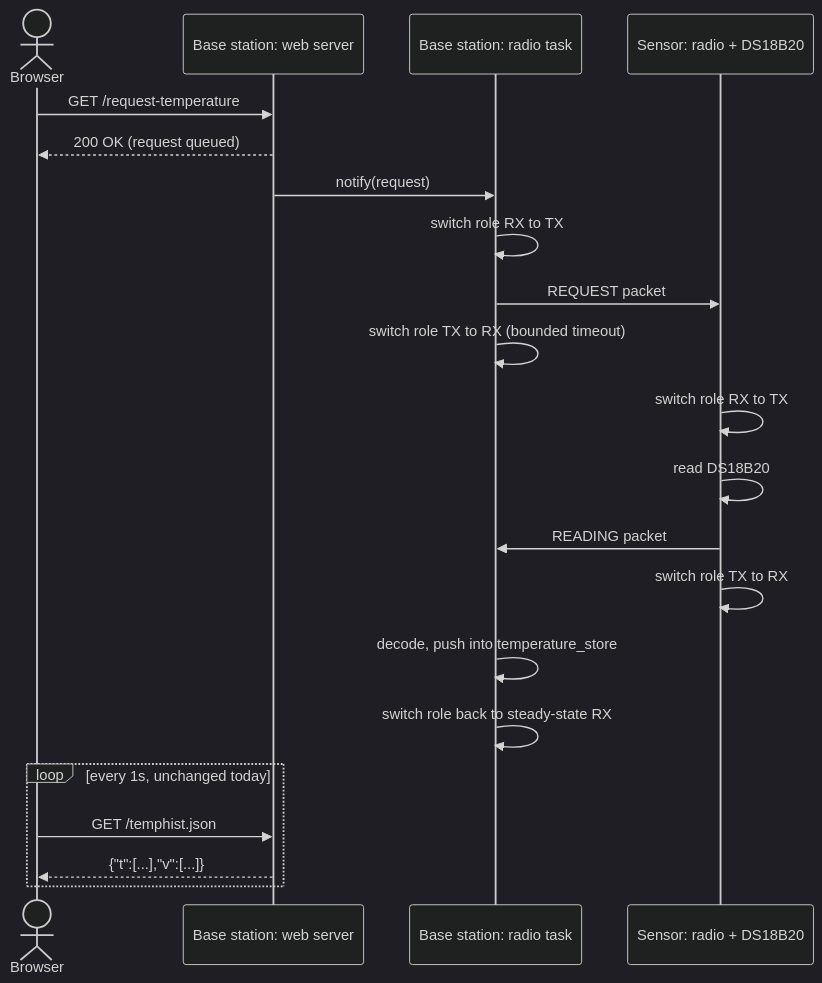
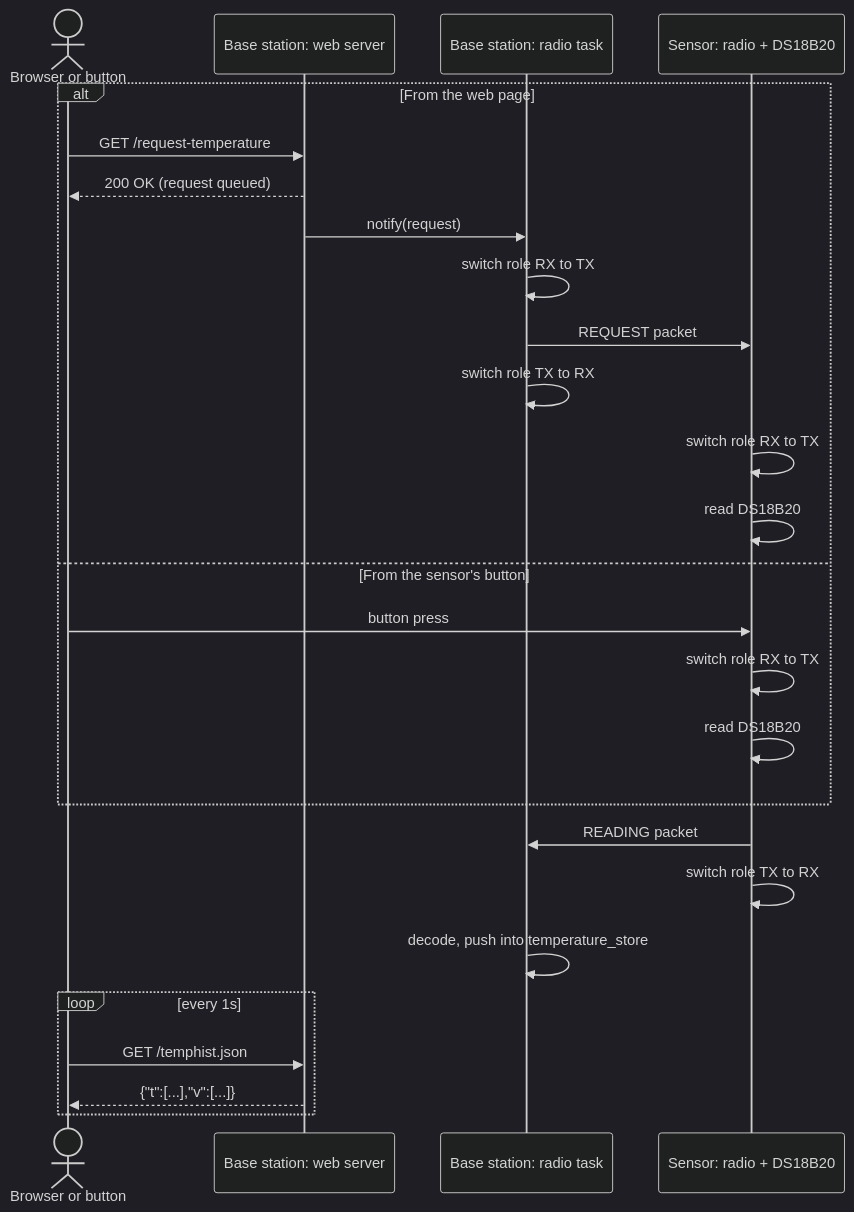
The first of 4 diagrams in docs/temperature-request-design.md (wikto-100/iot-thermometer), drawn with Mermaid (dark theme) before and after one commit. The commit also changed other lines of this file and 37 other files, not shown here.

````diff
--- a/docs/temperature-request-design.md
+++ b/docs/temperature-request-design.md
@@ -34,28 +11,32 @@
 ```mermaid
 sequenceDiagram
-    actor Browser
+    actor Trigger as Browser or button
     participant Web as Base station: web server
     participant Radio as Base station: radio task
     participant Sensor as Sensor: radio + DS18B20
 
-    Browser->>Web: GET /request-temperature
-    Web-->>Browser: 200 OK (request queued)
-    Web->>Radio: notify(request)
+    alt From the web page
+        Trigger->>Web: GET /request-temperature
+        Web-->>Trigger: 200 OK (request queued)
+        Web->>Radio: notify(request)
+        Radio->>Radio: switch role RX to TX
+        Radio->>Sensor: REQUEST packet
+        Radio->>Radio: switch role TX to RX
+        Sensor->>Sensor: switch role RX to TX
+        Sensor->>Sensor: read DS18B20
+    else From the sensor's button
+        Trigger->>Sensor: button press
+        Sensor->>Sensor: switch role RX to TX
+        Sensor->>Sensor: read DS18B20
+    end
 
-    Radio->>Radio: switch role RX to TX
-    Radio->>Sensor: REQUEST packet
-    Radio->>Radio: switch role TX to RX (bounded timeout)
-
-    Sensor->>Sensor: switch role RX to TX
-    Sensor->>Sensor: read DS18B20
     Sensor->>Radio: READING packet
     Sensor->>Sensor: switch role TX to RX
 
     Radio->>Radio: decode, push into temperature_store
-    Radio->>Radio: switch role back to steady-state RX
 
-    loop every 1s, unchanged today
-        Browser->>Web: GET /temphist.json
-        Web-->>Browser: {"t":[...],"v":[...]}
+    loop every 1s
+        Trigger->>Web: GET /temphist.json
+        Web-->>Trigger: {"t":[...],"v":[...]}
     end
 ```
````
